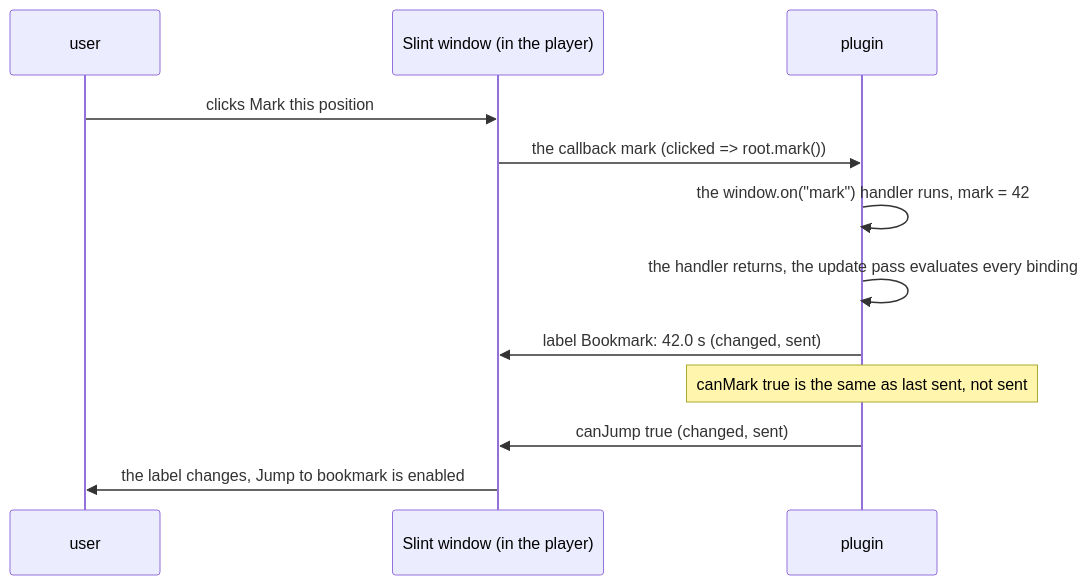
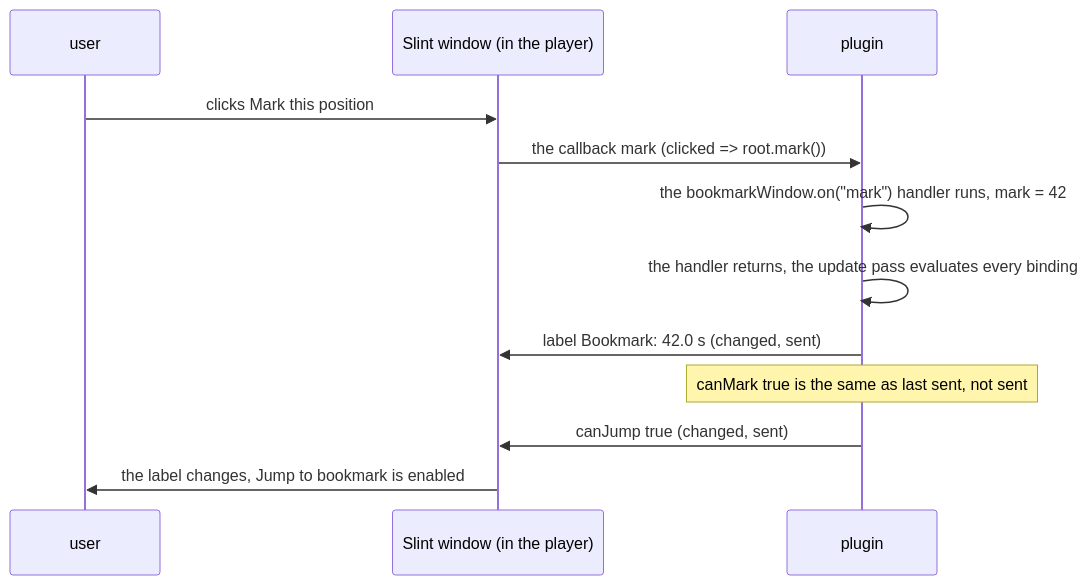
The second of 2 diagrams in docs/explanation/plugins.md (vestrasys/vestra-player-sdk), drawn with Mermaid before and after one commit. The commit also changed 27 other files, not shown here.

````diff
--- a/docs/explanation/plugins.md
+++ b/docs/explanation/plugins.md
@@ -105,14 +105,14 @@
 ```mermaid
 sequenceDiagram
     participant U as user
     participant S as Slint window (in the player)
     participant P as plugin
     U->>S: clicks Mark this position
     S->>P: the callback mark (clicked => root.mark())
-    P->>P: the window.on("mark") handler runs, mark = 42
+    P->>P: the bookmarkWindow.on("mark") handler runs, mark = 42
     P->>P: the handler returns, the update pass evaluates every binding
     P->>S: label Bookmark: 42.0 s (changed, sent)
     Note over P: canMark true is the same as last sent, not sent
     P->>S: canJump true (changed, sent)
     S->>U: the label changes, Jump to bookmark is enabled
 ```
````
